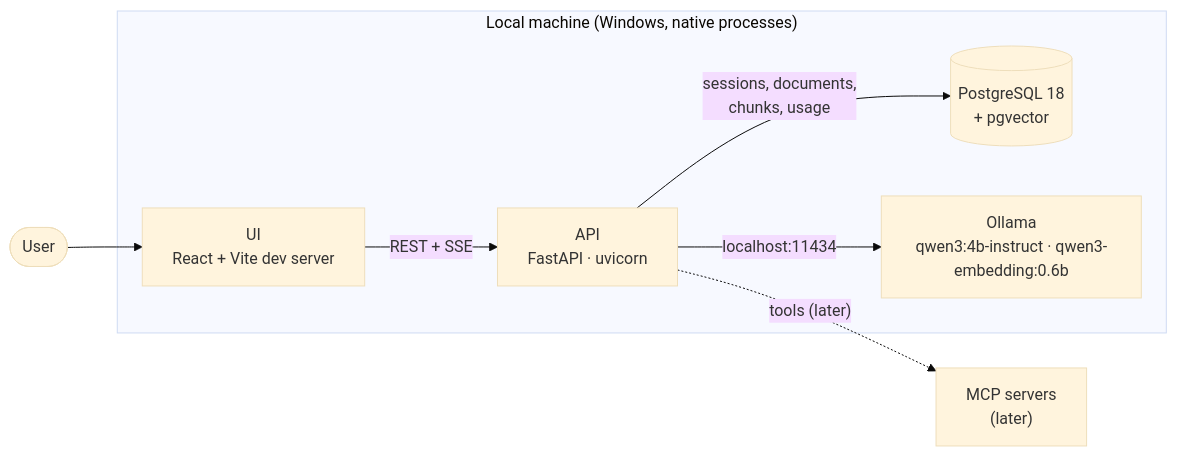
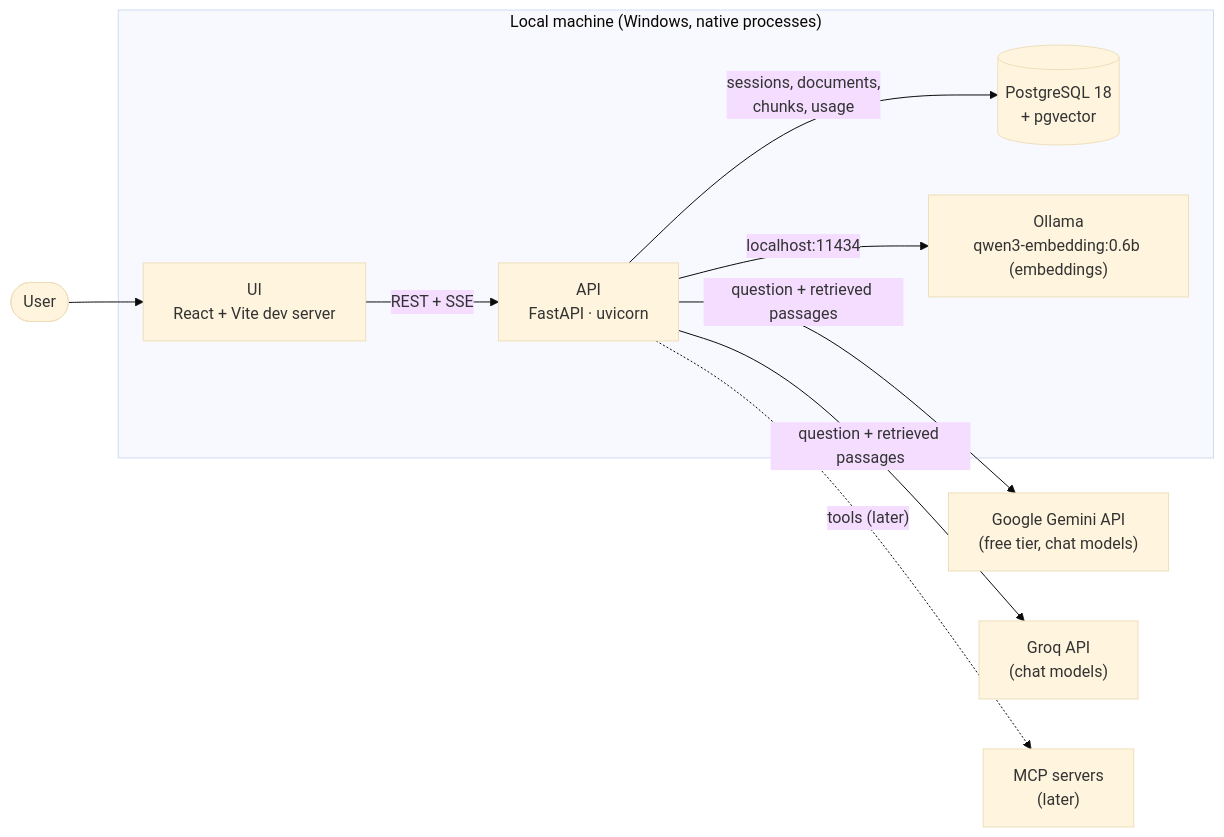
The first of 6 diagrams in docs/architecture.md (reddybharat/agentic-rag), drawn with Mermaid (base theme) before and after one commit. The commit also changed other lines of this file and 27 other files, not shown here.

Commit message:
Chat models are chosen per message from config/models.yaml. Gemini and Groq entries load only when GOOGLE_API_KEY / GROQ_API_KEY is set. Ollama is now used for embeddings only.

````diff
--- a/docs/architecture.md
+++ b/docs/architecture.md
@@ -17,19 +17,24 @@
 ```mermaid
 flowchart LR
     user([User])
 
     subgraph Host["Local machine (Windows, native processes)"]
         ui["UI<br/>React + Vite dev server"]
         api["API<br/>FastAPI · uvicorn"]
         db[("PostgreSQL 18<br/>+ pgvector")]
-        ollama["Ollama<br/>qwen3:4b-instruct · qwen3-embedding:0.6b"]
+        ollama["Ollama<br/>qwen3-embedding:0.6b (embeddings)"]
     end
+
+    gemini["Google Gemini API<br/>(free tier, chat models)"]
+    groq["Groq API<br/>(chat models)"]
 
     mcp["MCP servers<br/>(later)"]
 
     user --> ui
     ui -- "REST + SSE" --> api
     api -- "sessions, documents,<br/>chunks, usage" --> db
     api -- "localhost:11434" --> ollama
+    api -- "question + retrieved passages" --> gemini
+    api -- "question + retrieved passages" --> groq
     api -. "tools (later)" .-> mcp
 ```
````
